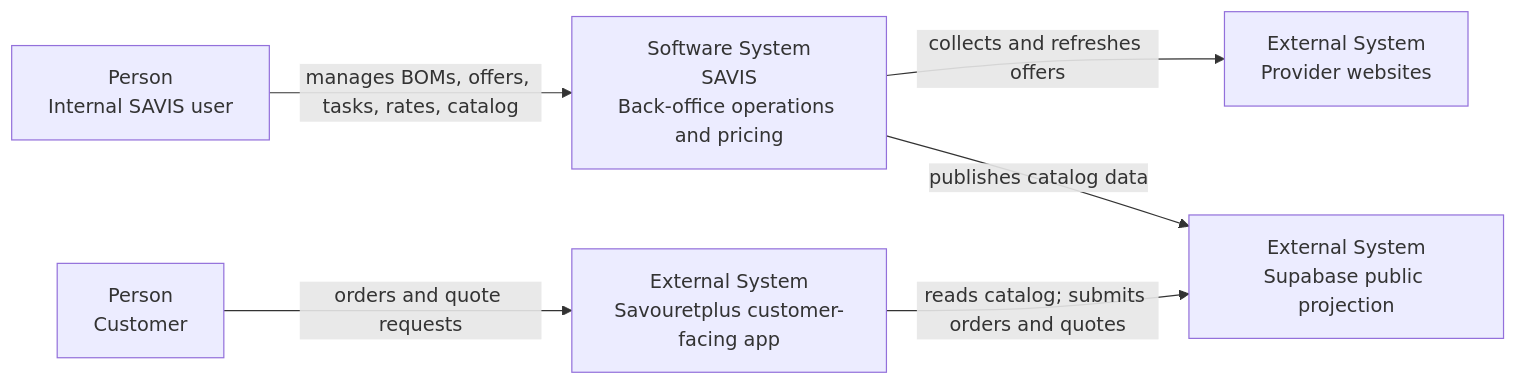
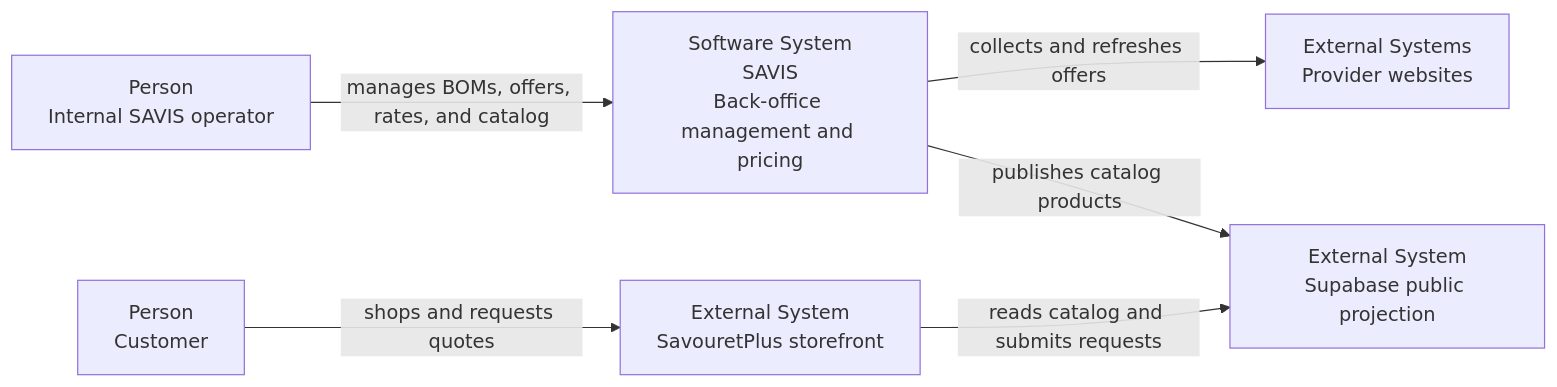
The first of 17 diagrams in docs/ARCHITECTURE.md (wiljeanlouis/savis), drawn with Mermaid before and after one commit. The commit also changed other lines of this file and 4 other files, not shown here.

````diff
--- a/docs/ARCHITECTURE.md
+++ b/docs/ARCHITECTURE.md
@@ -41,15 +88,15 @@
 ```mermaid
 flowchart LR
-  AdminUser["Person<br/>Internal SAVIS user"]
+  Operator["Person<br/>Internal SAVIS operator"]
   Customer["Person<br/>Customer"]
-  SAVIS["Software System<br/>SAVIS<br/>Back-office operations and pricing"]
-  Provider["External System<br/>Provider websites"]
-  Savouretplus["External System<br/>Savouretplus customer-facing app"]
+  SAVIS["Software System<br/>SAVIS<br/>Back-office management and pricing"]
+  Providers["External Systems<br/>Provider websites"]
+  Storefront["External System<br/>SavouretPlus storefront"]
   Supabase["External System<br/>Supabase public projection"]
 
-  AdminUser -->|manages BOMs, offers, tasks, rates, catalog| SAVIS
-  SAVIS -->|collects and refreshes offers| Provider
-  SAVIS -->|publishes catalog data| Supabase
-  Savouretplus -->|reads catalog; submits orders and quotes| Supabase
-  Customer -->|orders and quote requests| Savouretplus
+  Operator -->|manages BOMs, offers, rates, and catalog| SAVIS
+  SAVIS -->|collects and refreshes offers| Providers
+  SAVIS -->|publishes catalog products| Supabase
+  Storefront -->|reads catalog and submits requests| Supabase
+  Customer -->|shops and requests quotes| Storefront
 ```
````
